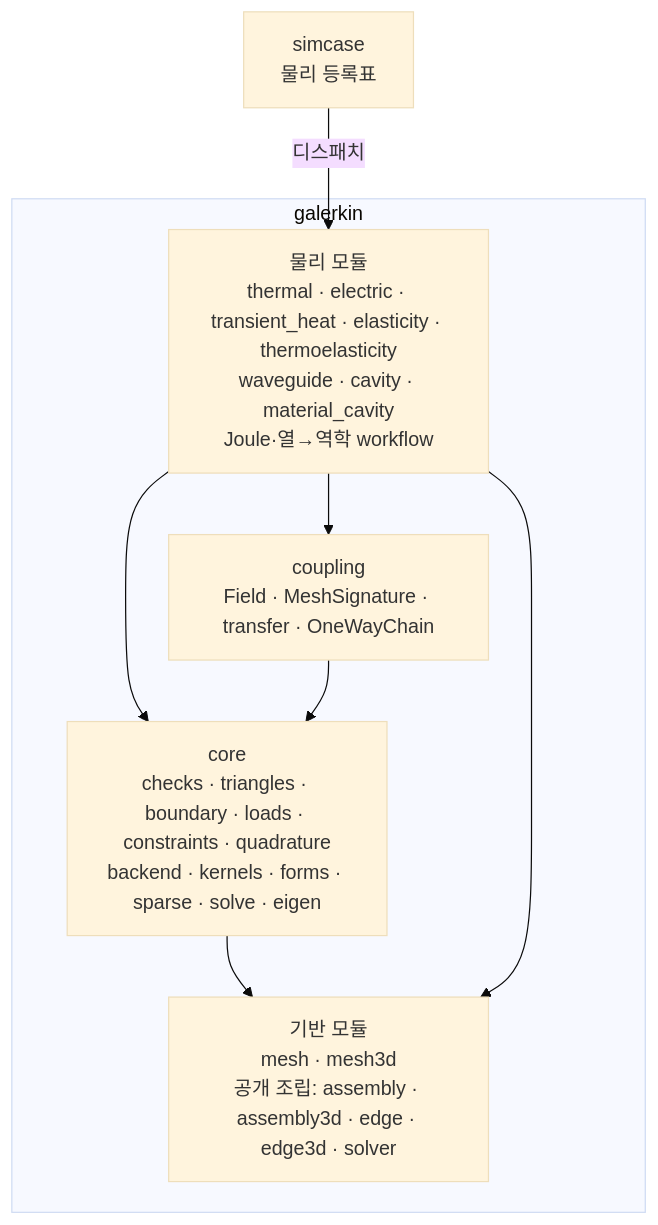
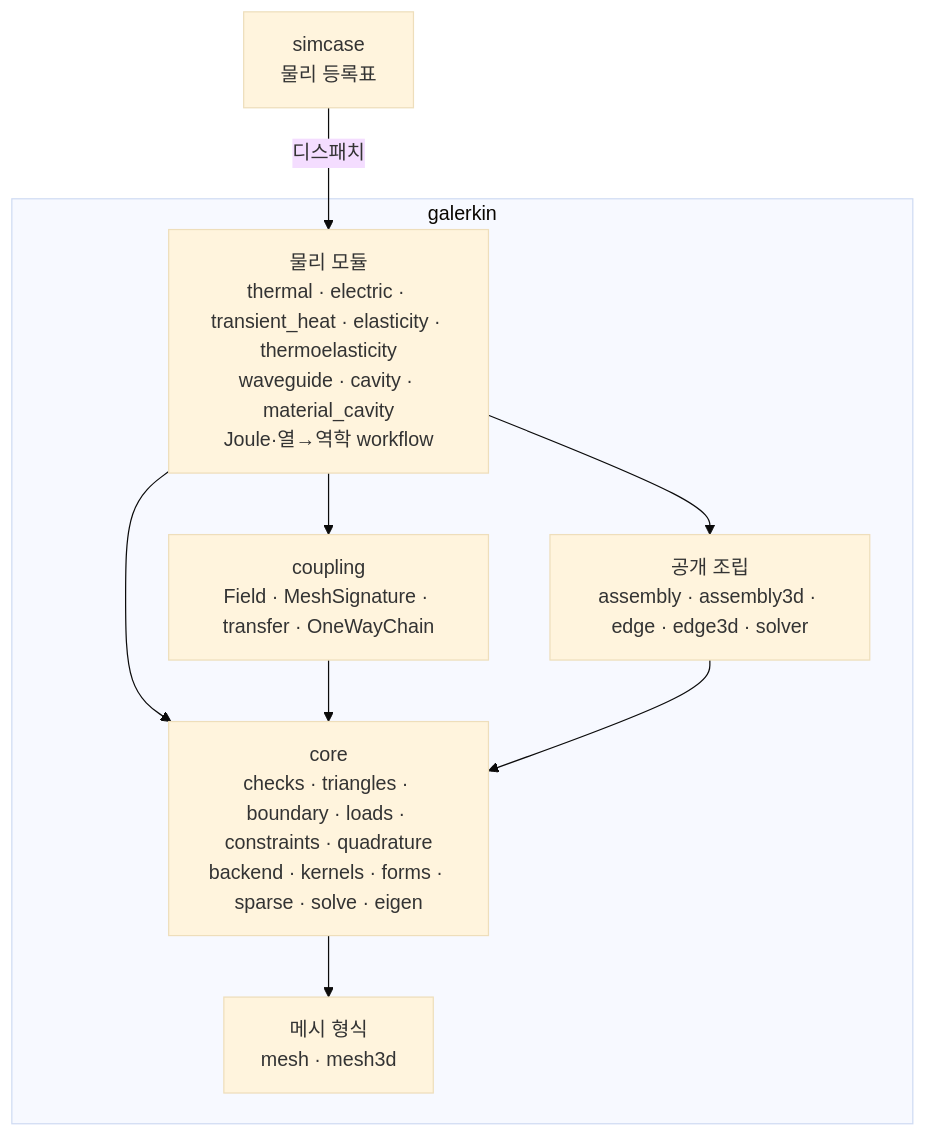
One commit to fieldalgo/openphysics changed the second of 2 diagrams in docs/locales/ko/pages/architecture.md. Above: the diagram before and after it, drawn with Mermaid (base theme). The commit also changed other lines of this file and 5 other files, not shown here.

First line of the commit message:
galerkin: public assembly modules sit on core; check it

````diff
--- a/docs/locales/ko/pages/architecture.md
+++ b/docs/locales/ko/pages/architecture.md
@@ -99,16 +100,18 @@
 ```mermaid
 flowchart TB
     Sim["simcase<br/>물리 등록표"]
     subgraph G["galerkin"]
         Phys["물리 모듈<br/>thermal · electric · transient_heat · elasticity · thermoelasticity<br/>waveguide · cavity · material_cavity<br/>Joule·열→역학 workflow"]
         Coup["coupling<br/>Field · MeshSignature · transfer · OneWayChain"]
         Core["core<br/>checks · triangles · boundary · loads · constraints · quadrature<br/>backend · kernels · forms · sparse · solve · eigen"]
-        Base["기반 모듈<br/>mesh · mesh3d<br/>공개 조립: assembly · assembly3d · edge · edge3d · solver"]
+        Pub["공개 조립<br/>assembly · assembly3d · edge · edge3d · solver"]
+        Base["메시 형식<br/>mesh · mesh3d"]
     end
     Sim -->|디스패치| Phys
     Phys --> Coup
     Phys --> Core
+    Phys --> Pub
     Coup --> Core
+    Pub --> Core
     Core --> Base
-    Phys --> Base
 ```
````
